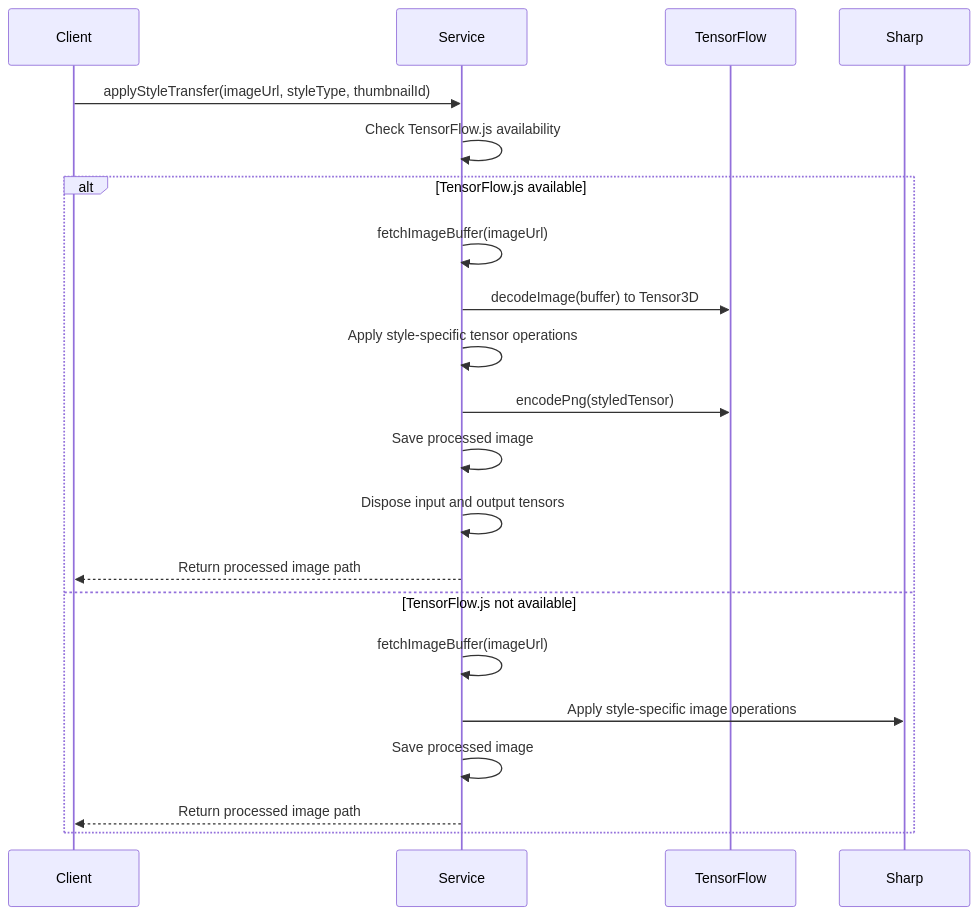
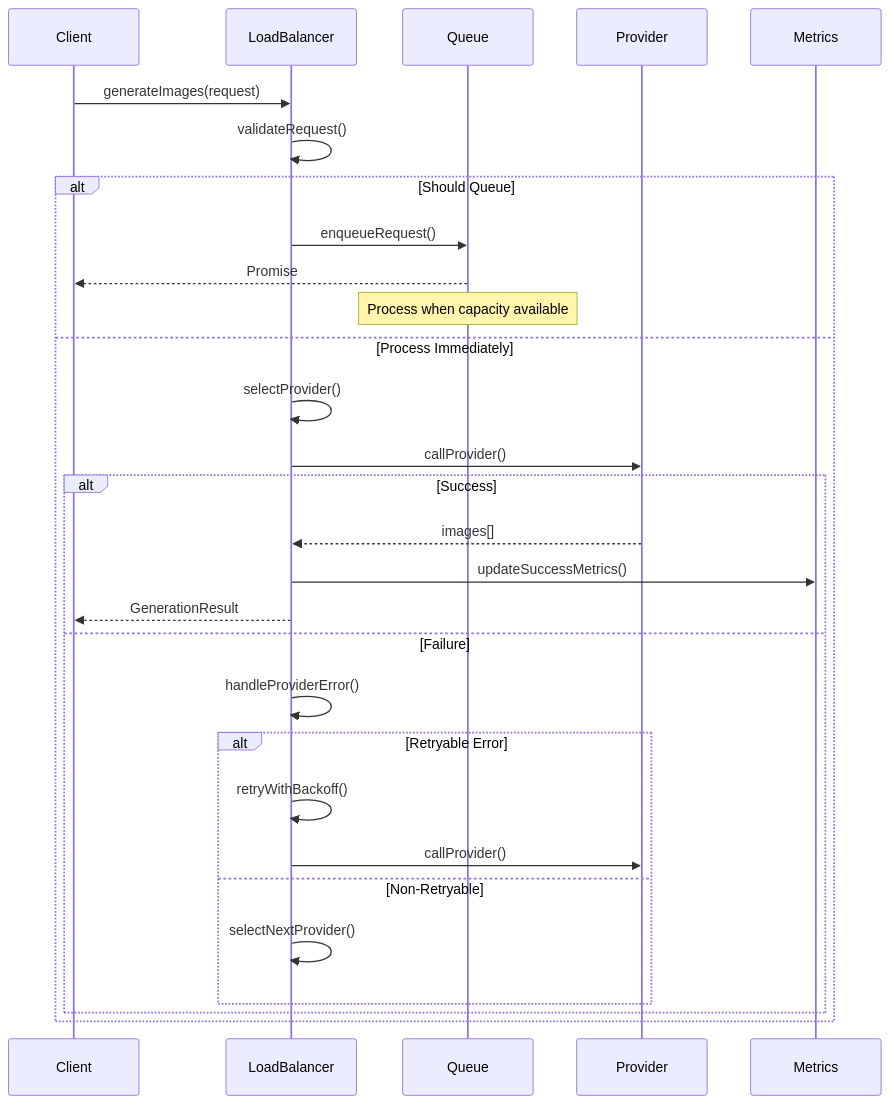
The fourth of 8 diagrams in .qoder/repowiki/en/content/AI & Image Processing/AI Enhancement Service/AI Enhancement Service.md (Brimstow/ThumPiks), drawn with Mermaid before and after one commit. The commit also changed other lines of this file and 900 other files, not shown here.

````diff
--- a/.qoder/repowiki/en/content/AI & Image Processing/AI Enhancement Service/AI Enhancement Service.md
+++ b/.qoder/repowiki/en/content/AI & Image Processing/AI Enhancement Service/AI Enhancement Service.md
@@ -101,23 +161,31 @@
 ```mermaid
 sequenceDiagram
 participant Client
-participant Service
-participant TensorFlow
-participant Sharp
-Client->>Service : applyStyleTransfer(imageUrl, styleType, thumbnailId)
-Service->>Service : Check TensorFlow.js availability
-alt TensorFlow.js available
-Service->>Service : fetchImageBuffer(imageUrl)
-Service->>TensorFlow : decodeImage(buffer) to Tensor3D
-Service->>Service : Apply style-specific tensor operations
-Service->>TensorFlow : encodePng(styledTensor)
-Service->>Service : Save processed image
-Service->>Service : Dispose input and output tensors
-Service-->>Client : Return processed image path
-else TensorFlow.js not available
-Service->>Service : fetchImageBuffer(imageUrl)
-Service->>Sharp : Apply style-specific image operations
-Service->>Service : Save processed image
-Service-->>Client : Return processed image path
+participant LoadBalancer
+participant Queue
+participant Provider
+participant Metrics
+Client->>LoadBalancer : generateImages(request)
+LoadBalancer->>LoadBalancer : validateRequest()
+alt Should Queue
+LoadBalancer->>Queue : enqueueRequest()
+Queue-->>Client : Promise
+Note over Queue : Process when capacity available
+else Process Immediately
+LoadBalancer->>LoadBalancer : selectProvider()
+LoadBalancer->>Provider : callProvider()
+alt Success
+Provider-->>LoadBalancer : images[]
+LoadBalancer->>Metrics : updateSuccessMetrics()
+LoadBalancer-->>Client : GenerationResult
+else Failure
+LoadBalancer->>LoadBalancer : handleProviderError()
+alt Retryable Error
+LoadBalancer->>LoadBalancer : retryWithBackoff()
+LoadBalancer->>Provider : callProvider()
+else Non-Retryable
+LoadBalancer->>LoadBalancer : selectNextProvider()
+end
+end
 end
 ```
````
